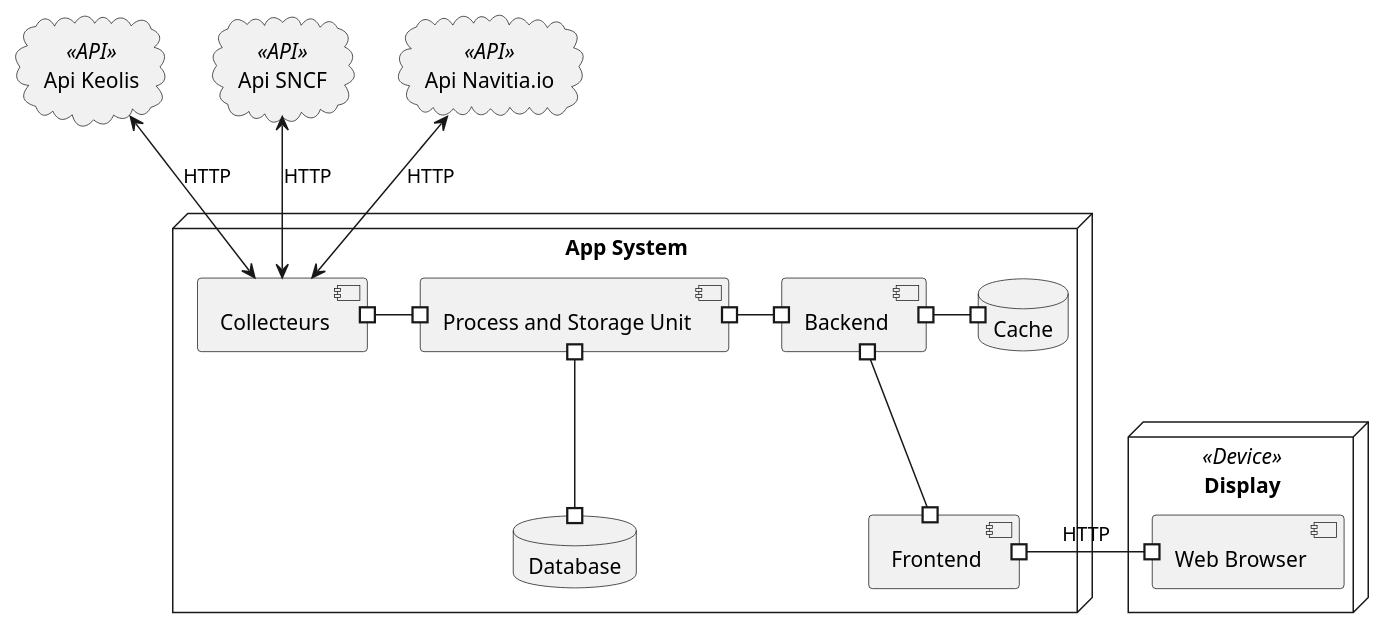
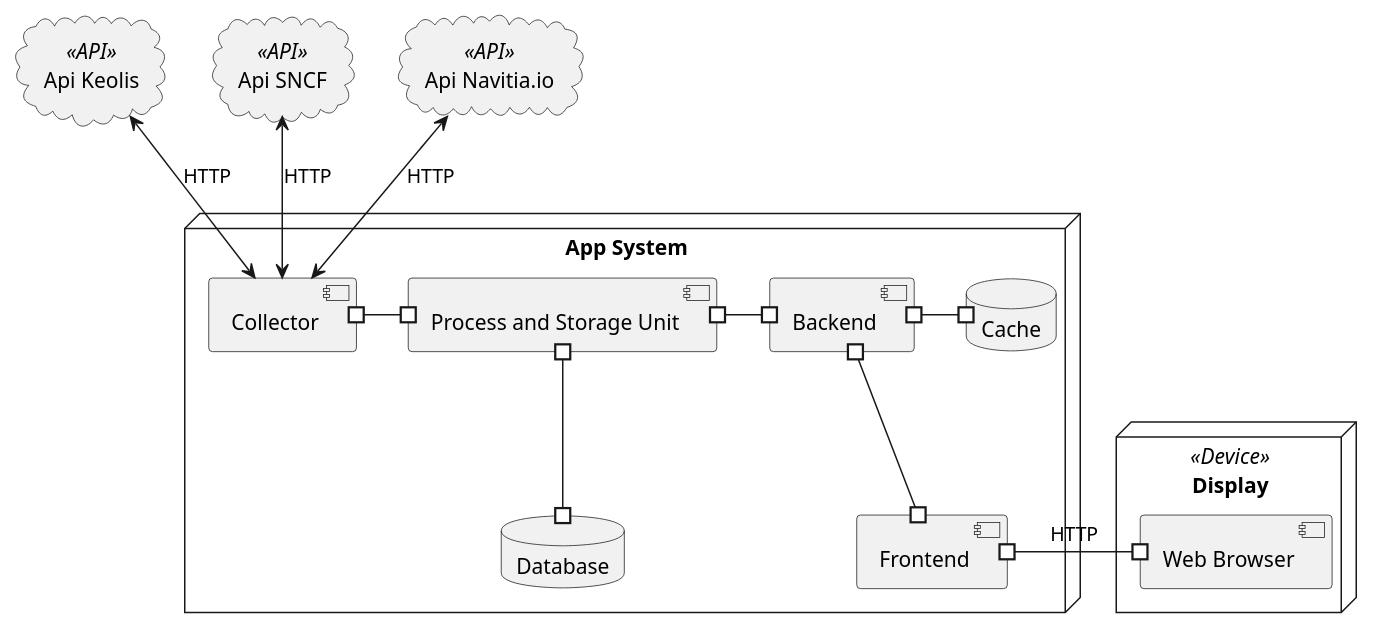
One commit to INDEN-Intelligo/Design changed the diagram in Diagram/DiagramSystem/DiagrammeDéploiement.puml. Above: the diagram before and after it, drawn with PlantUML.

```diff
--- a/Diagram/DiagramSystem/DiagrammeDéploiement.puml
+++ b/Diagram/DiagramSystem/DiagrammeDéploiement.puml
@@ -1,45 +1,45 @@
 @startuml
 node "Display" <<Device>> as Display {
  component "Web Browser" as Browser {
  }
 }
 
     node "App System" as Docker {
                 component Backend as NestJS {
                 }
 
                 component "Process and Storage Unit" as SUpro{
                 }
                 database Cache{
                 }
 
                 database Database {
                 }
-                component Collecteurs {
+                component Collector {
                 }
                 component Frontend {
                 }
 
 
     }
 
 cloud "Api Keolis" <<API>> as keo{
 }
 cloud "Api SNCF" <<API>> as SNCF{
 }
 cloud "Api Navitia.io" <<API>> as Nav{
 }
 
 
 Frontend #-# Browser : HTTP
 NestJS #-# Cache
-Collecteurs #-# SUpro
+Collector #-# SUpro
 SUpro #--# Database
 SUpro #-# NestJS
 NestJS #--# Frontend
 
-keo <-->  Collecteurs: HTTP
-SNCF <-->  Collecteurs: HTTP
-Nav  <--> Collecteurs : HTTP
+keo <-->  Collector: HTTP
+SNCF <-->  Collector: HTTP
+Nav  <--> Collector : HTTP
 
 @enduml
```
